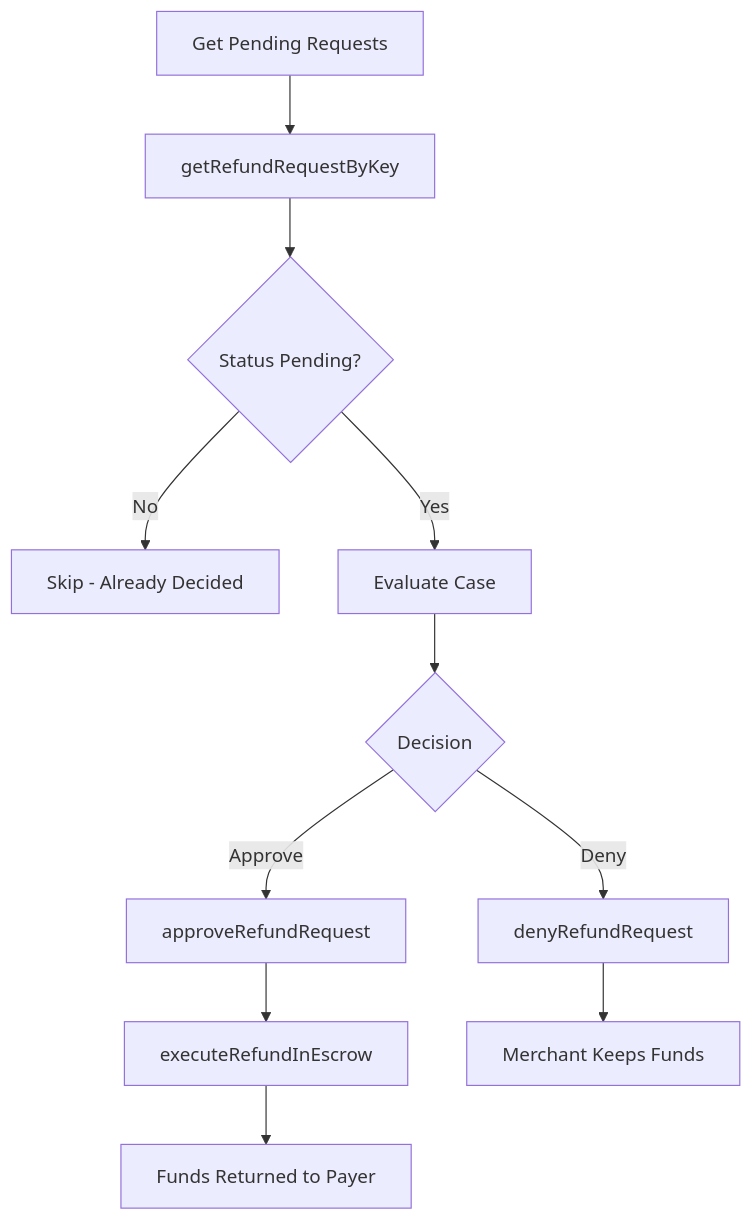
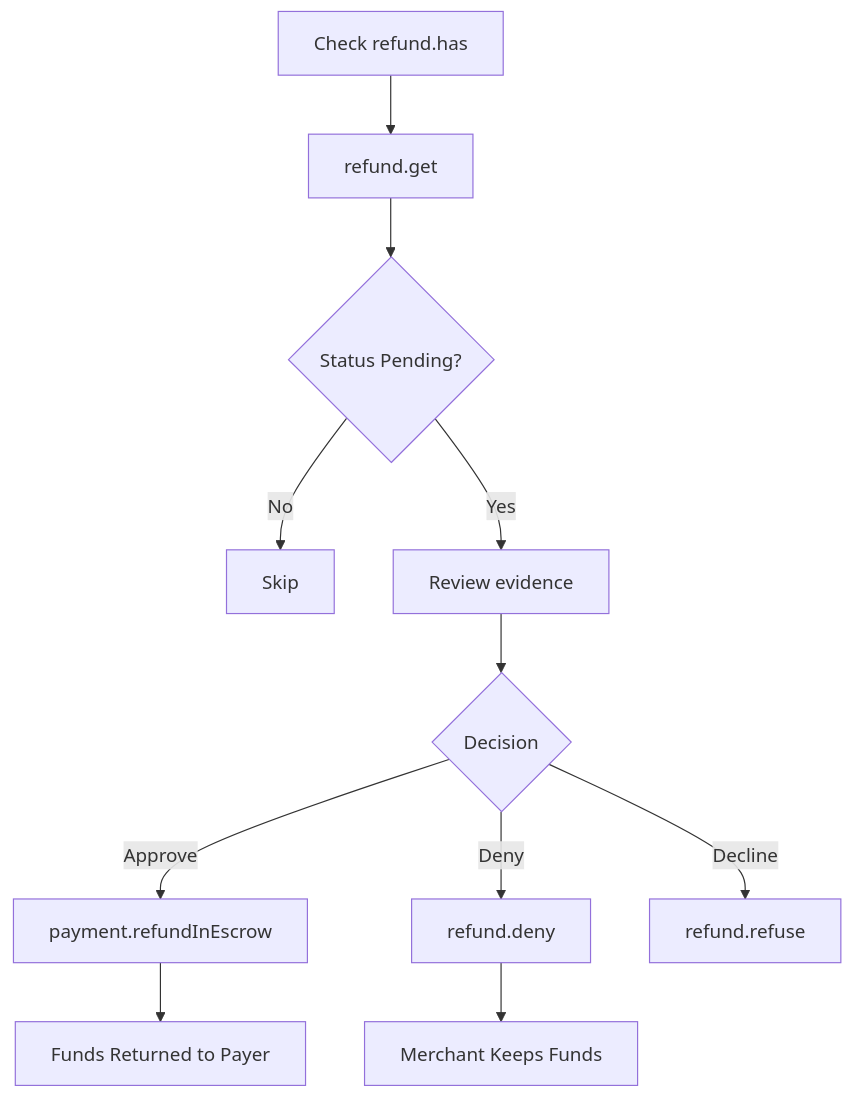
The diagram in sdk/arbiter/decision-submission.mdx (BackTrackCo/docs), drawn with Mermaid before and after one commit. The commit also changed other lines of this file and 17 other files, not shown here.

````diff
--- a/sdk/arbiter/decision-submission.mdx
+++ b/sdk/arbiter/decision-submission.mdx
@@ -225,13 +181,13 @@
 ```mermaid
 flowchart TD
-    A[Get Pending Requests] --> B[getRefundRequestByKey]
+    A[Check refund.has] --> B[refund.get]
     B --> C{Status Pending?}
-    C -->|No| D[Skip - Already Decided]
-    C -->|Yes| E[Evaluate Case]
+    C -->|No| D[Skip]
+    C -->|Yes| E[Review evidence]
     E --> F{Decision}
-    F -->|Approve| G[approveRefundRequest]
-    F -->|Deny| H[denyRefundRequest]
-    G --> I[executeRefundInEscrow]
-    I --> J[Funds Returned to Payer]
+    F -->|Approve| G[payment.refundInEscrow]
+    F -->|Deny| H[refund.deny]
+    F -->|Decline| I[refund.refuse]
+    G --> J[Funds Returned to Payer]
     H --> K[Merchant Keeps Funds]
 ```
````
